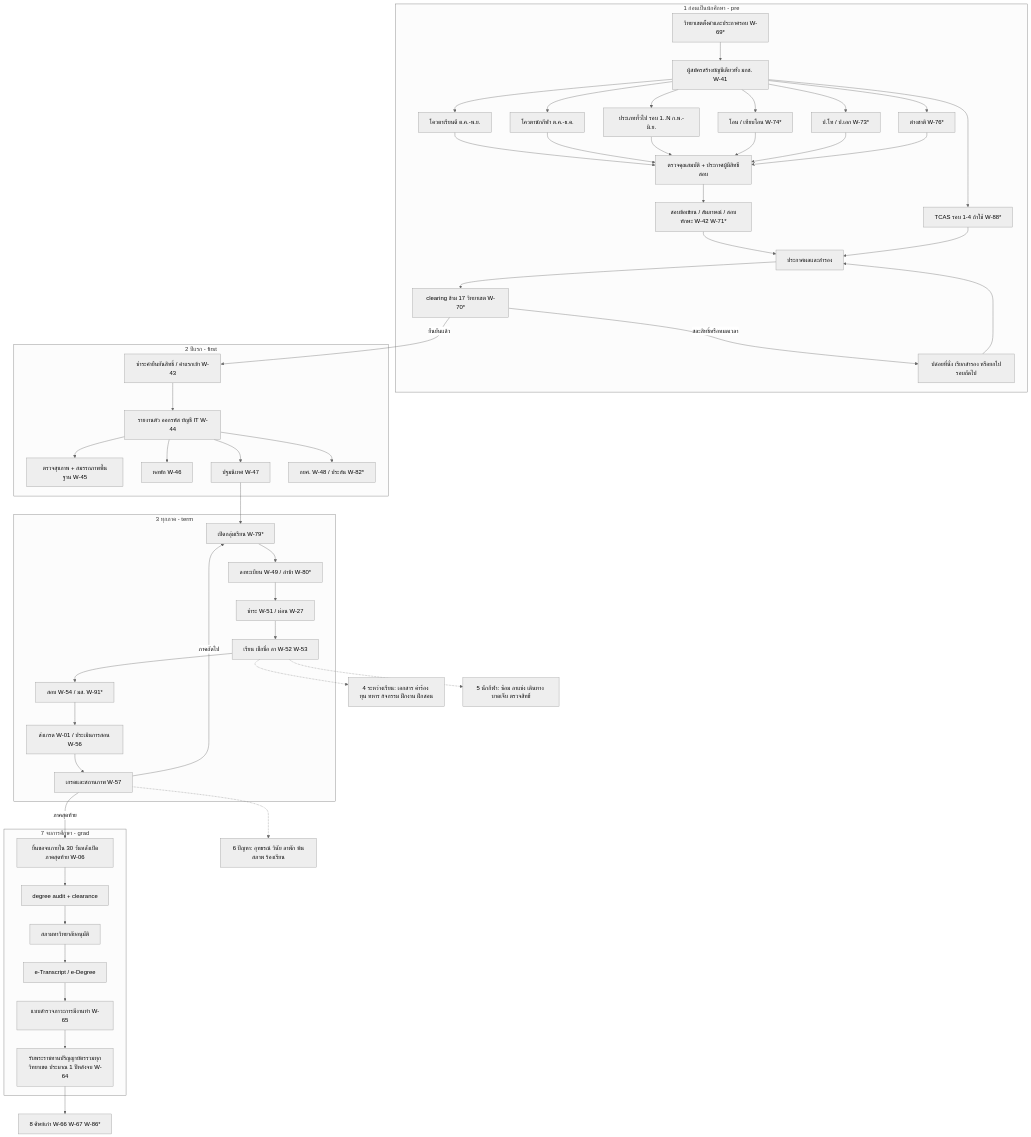
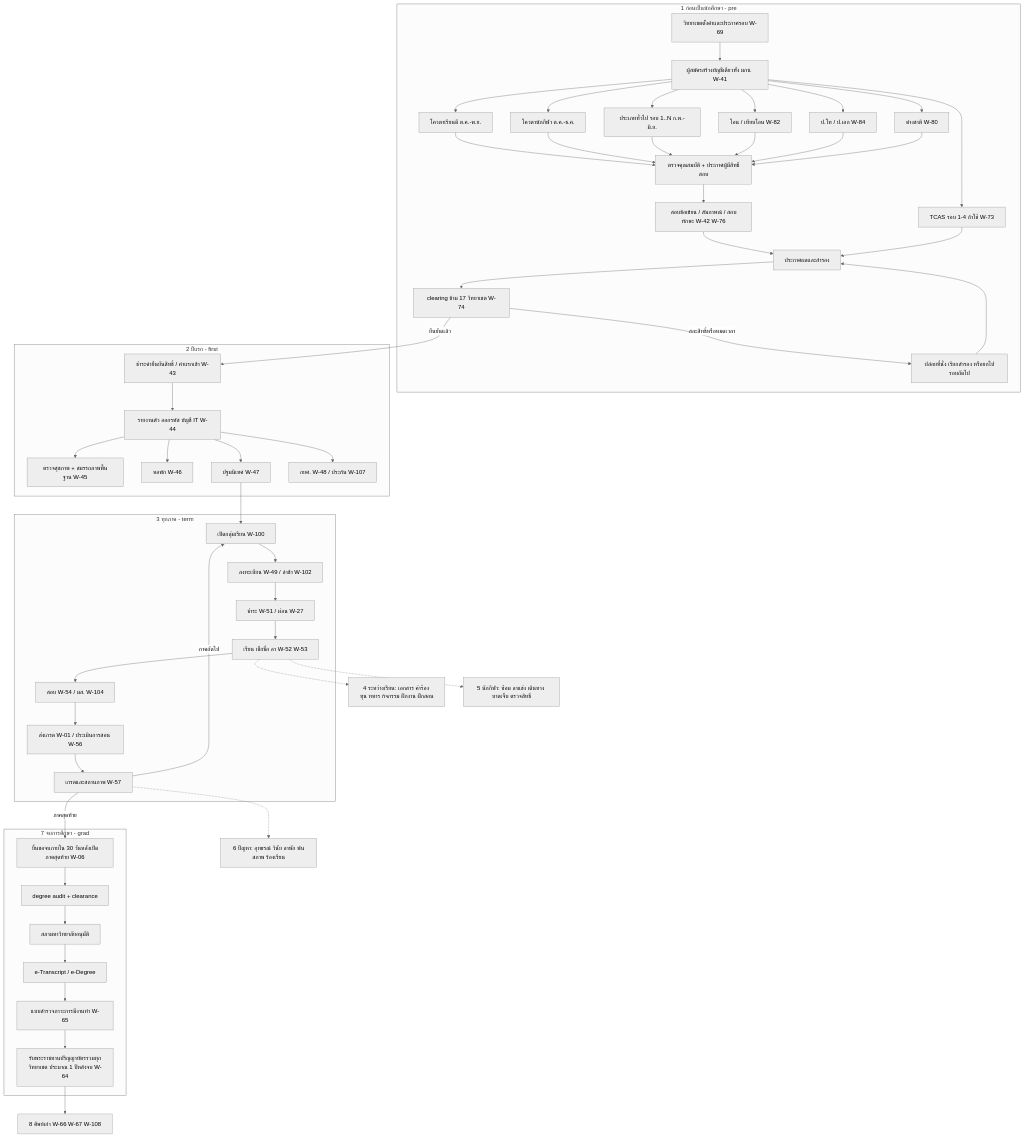
One commit to Ruttanachote/Ai changed the first of 4 diagrams in tnsu-system/docs/02-student-journey.md. Above: the diagram before and after it, drawn with Mermaid (neutral theme). The commit also changed other lines of this file and 5 other files, not shown here.

````diff
--- a/tnsu-system/docs/02-student-journey.md
+++ b/tnsu-system/docs/02-student-journey.md
@@ -59,55 +59,55 @@
 ```mermaid
 flowchart TD
   subgraph PRE["1 ก่อนเป็นนักศึกษา - pre"]
-    A0["วิทยาเขตตั้งค่าและประกาศรอบ W-69*"] --> A1["ผู้สมัครสร้างบัญชีเดียวทั้ง มกช. W-41"]
+    A0["วิทยาเขตตั้งค่าและประกาศรอบ W-69"] --> A1["ผู้สมัครสร้างบัญชีเดียวทั้ง มกช. W-41"]
     A1 --> CH1["โควตาเรียนดี ต.ค.-พ.ย."]
     A1 --> CH2["โควตานักกีฬา ต.ค.-ธ.ค."]
     A1 --> CH3["ประเภททั่วไป รอบ 1..N ก.พ.-มิ.ย."]
-    A1 --> CH4["TCAS รอบ 1-4 ถ้าใช้ W-88*"]
-    A1 --> CH5["โอน / เทียบโอน W-74*"]
-    A1 --> CH6["ป.โท / ป.เอก W-73*"]
-    A1 --> CH7["ต่างชาติ W-76*"]
+    A1 --> CH4["TCAS รอบ 1-4 ถ้าใช้ W-73"]
+    A1 --> CH5["โอน / เทียบโอน W-82"]
+    A1 --> CH6["ป.โท / ป.เอก W-84"]
+    A1 --> CH7["ต่างชาติ W-80"]
     CH1 --> T1["ตรวจคุณสมบัติ + ประกาศผู้มีสิทธิ์สอบ"]
     CH2 --> T1
     CH3 --> T1
     CH5 --> T1
     CH6 --> T1
     CH7 --> T1
-    T1 --> T2["สอบข้อเขียน / สัมภาษณ์ / สอบทักษะ W-42 W-71*"]
+    T1 --> T2["สอบข้อเขียน / สัมภาษณ์ / สอบทักษะ W-42 W-76"]
     T2 --> T3["ประกาศผลและสำรอง"]
     CH4 --> T3
-    T3 --> CL["clearing ข้าม 17 วิทยาเขต W-70*"]
+    T3 --> CL["clearing ข้าม 17 วิทยาเขต W-74"]
     CL -->|"สละสิทธิ์หรือหมดเวลา"| RS["ปล่อยที่นั่ง เรียกสำรอง หรือยกไปรอบถัดไป"]
     RS --> T3
   end
   CL -->|"ยืนยันแล้ว"| B1
   subgraph FIRST["2 ปีแรก - first"]
     B1["ชำระค่ายืนยันสิทธิ์ / ค่าแรกเข้า W-43"] --> B2["รายงานตัว ออกรหัส บัญชี IT W-44"]
     B2 --> B3["ตรวจสุขภาพ + สมรรถภาพพื้นฐาน W-45"]
     B2 --> B4["หอพัก W-46"]
     B2 --> B5["ปฐมนิเทศ W-47"]
-    B2 --> B6["กยศ. W-48 / ประกัน W-82*"]
+    B2 --> B6["กยศ. W-48 / ประกัน W-107"]
   end
   B5 --> C1
   subgraph TERM["3 ทุกภาค - term"]
-    C1["เปิดกลุ่มเรียน W-79*"] --> C2["ลงทะเบียน W-49 / ล่าช้า W-80*"]
+    C1["เปิดกลุ่มเรียน W-100"] --> C2["ลงทะเบียน W-49 / ล่าช้า W-102"]
     C2 --> C3["ชำระ W-51 / ผ่อน W-27"]
     C3 --> C4["เรียน เช็กชื่อ ลา W-52 W-53"]
-    C4 --> C5["สอบ W-54 / มส. W-91*"]
+    C4 --> C5["สอบ W-54 / มส. W-104"]
     C5 --> C6["ส่งเกรด W-01 / ประเมินการสอน W-56"]
     C6 --> C7["เกรดและสถานภาพ W-57"]
     C7 -->|"ภาคถัดไป"| C1
   end
   C4 -.-> D1["4 ระหว่างเรียน: เอกสาร คำร้อง ทุน ทหาร กิจกรรม ฝึกงาน ฝึกสอน"]
   C4 -.-> E1["5 นักกีฬา: ซ้อม ลาแข่ง เดินทาง บาดเจ็บ ตรวจสิทธิ์"]
   C7 -.-> F1["6 ปัญหา: อุทธรณ์ วินัย ลาพัก พ้นสภาพ ร้องเรียน"]
   C7 -->|"ภาคสุดท้าย"| G1
   subgraph GRADS["7 จบการศึกษา - grad"]
     G1["ยื่นขอจบภายใน 30 วันหลังเปิดภาคสุดท้าย W-06"] --> G2["degree audit + clearance"]
     G2 --> G3["สภามหาวิทยาลัยอนุมัติ"]
     G3 --> G4["e-Transcript / e-Degree"]
     G4 --> G5["แบบสำรวจภาวะการมีงานทำ W-65"]
     G5 --> G6["รับพระราชทานปริญญาบัตรรวมทุกวิทยาเขต ประมาณ 1 ปีหลังจบ W-64"]
   end
-  G6 --> H1["8 ศิษย์เก่า W-66 W-67 W-86*"]
+  G6 --> H1["8 ศิษย์เก่า W-66 W-67 W-108"]
 ```
````
